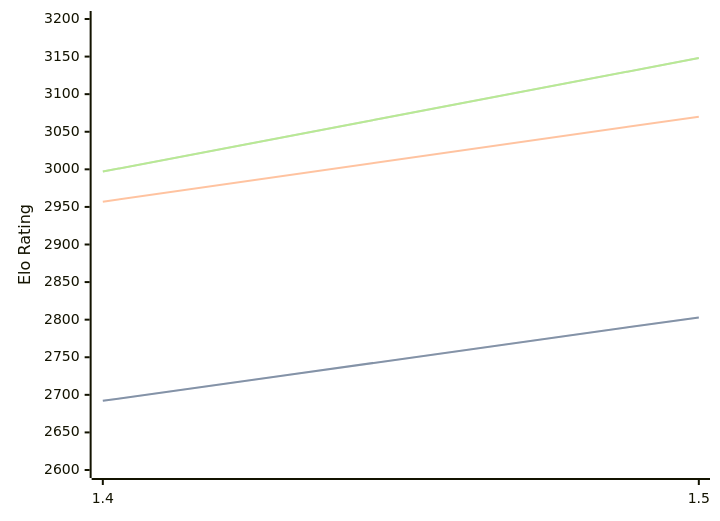
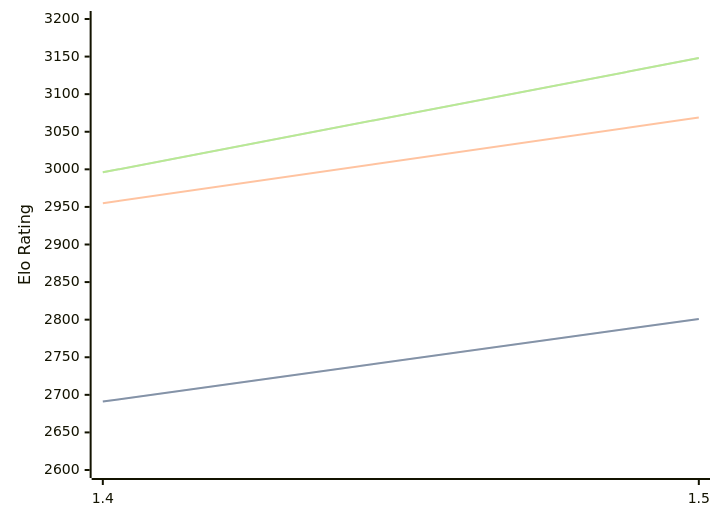
One commit to computer-chess-index/cci changed the diagram in engines/Yakka.md. Above: the diagram before and after it, drawn with Mermaid. The commit also changed other lines of this file, not shown here.

Commit message:
Update CCI Ratings (ELO VLTC) - 2026-04-26

````diff
--- a/engines/Yakka.md
+++ b/engines/Yakka.md
@@ -36,11 +36,11 @@
 ```mermaid
 %%{init: {"theme":"base","themeVariables":{"seriesColors:['#a3a3a3','#222221','#faa371']}}}%%
 xychart-beta
   x-axis ["1.4", "1.5"]
   y-axis "Elo Rating" 2600 --> 3200
-  line "STC (8.0+0.08s)" [2692, 2803]
-  line "STC (8.0+0.08s)" [2692, 2803]
-  line "LTC (60.0+0.60s)" [2957, 3070]
-  line "VLTC (2m24s+1.12s)" [2997, 3148]
-  line "VLTC (2m24s+1.12s)" [2997, 3148]
+  line "STC (8.0+0.08s)" [2691, 2801]
+  line "STC (8.0+0.08s)" [2691, 2801]
+  line "LTC (60.0+0.60s)" [2955, 3069]
+  line "VLTC (2m24s+1.12s)" [2996, 3148]
+  line "VLTC (2m24s+1.12s)" [2996, 3148]
 ```
````
